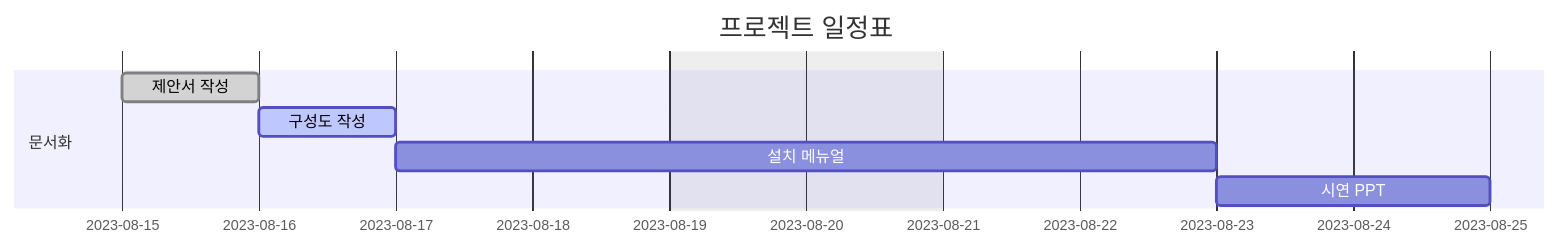
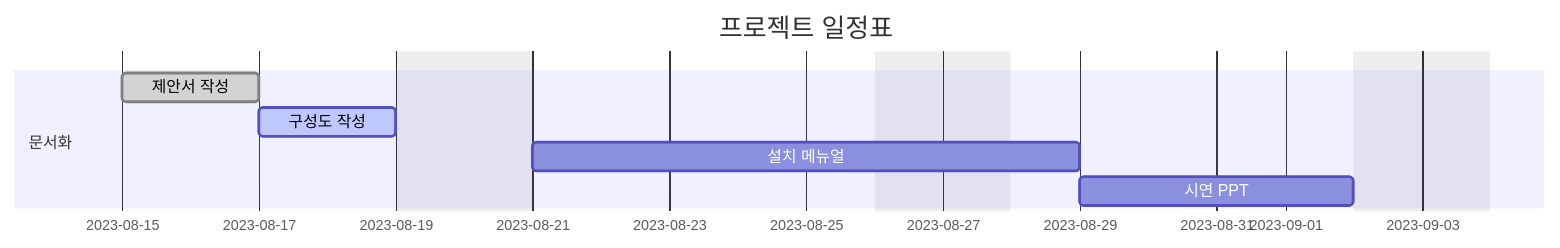
Before and after one commit to LOFL404/project1: the diagram in README.md, drawn with Mermaid.

````diff
--- a/README.md
+++ b/README.md
@@ -1,15 +1,15 @@
 ```mermaid
 gantt
     dateFormat  YYYY-MM-DD
     title       프로젝트 일정표
     excludes    weekends saturday,sunday
     
     section 문서화
-    제안서 작성     :done,    a, 2023-08-15, 1d
-    구성도 작성     :active,  b, 2023-08-16, 1d
-    설치 메뉴얼     :c, after b, 4d
-    시연 PPT        :after c, 2d
+    제안서 작성     :done,    a, 2023-08-15, 2d
+    구성도 작성     :active,  b, 2023-08-17, 2d
+    설치 메뉴얼     :c, after b, 6d
+    시연 PPT        :after c, 4d
 
     section 구현
     
 ```
````
